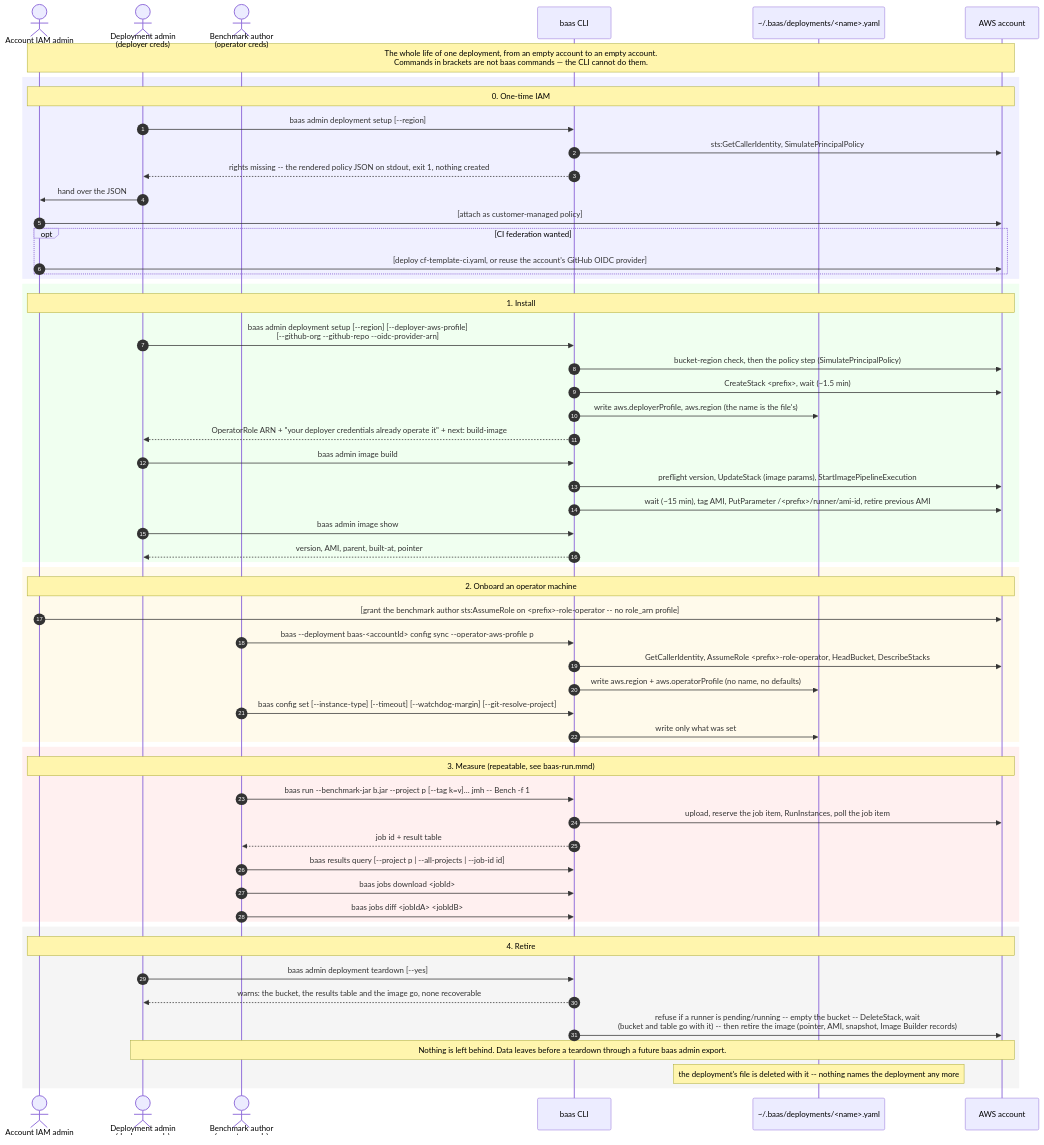
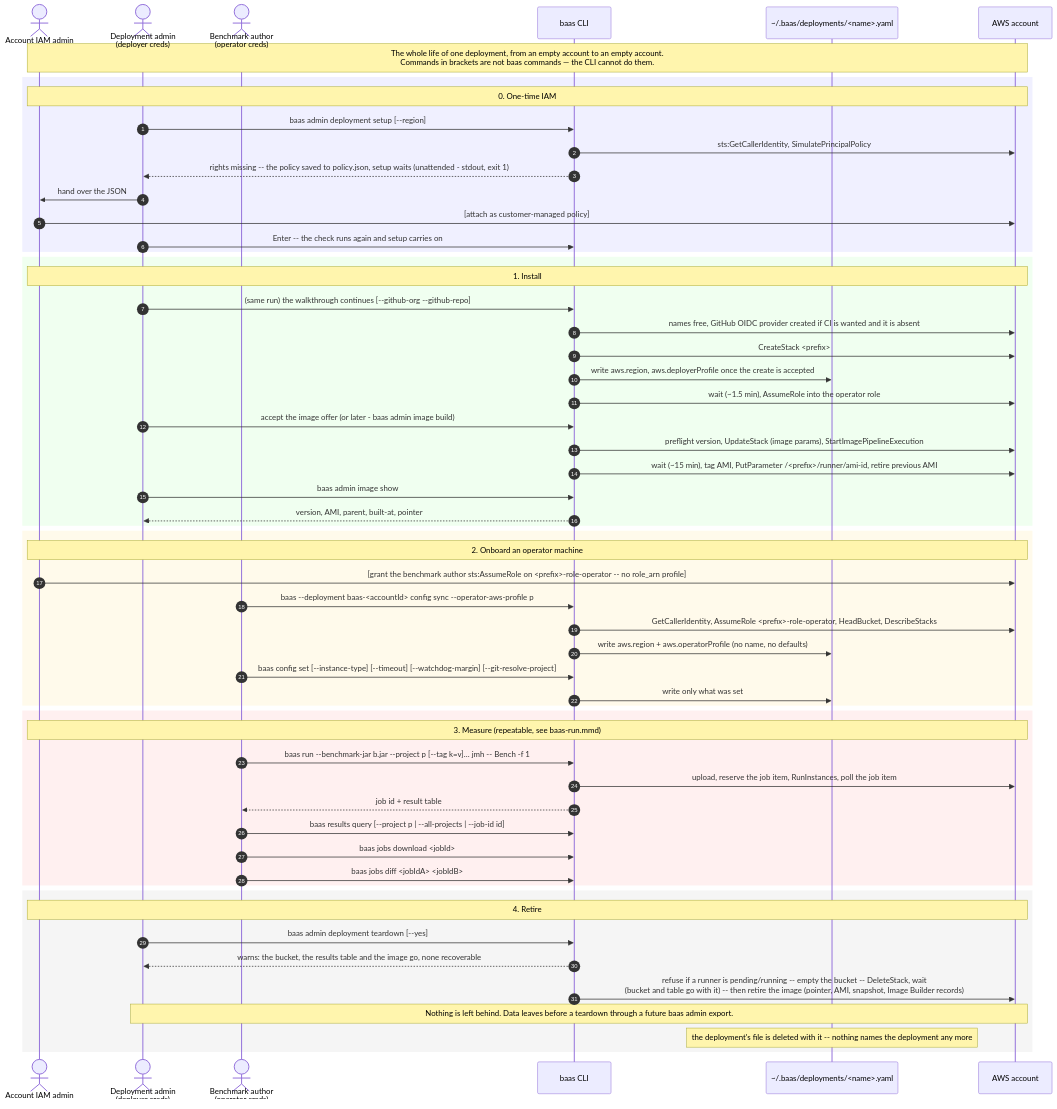
Before and after one commit to wsztajerowski/benchmark-as-a-service: the diagram in docs/diagrams/baas-lifecycle.mmd, drawn with Mermaid. The commit also changed 9 other files, not shown here.

First line of the commit message:
docs: describe the setup walkthrough and the provider setup creates

```diff
--- a/docs/diagrams/baas-lifecycle.mmd
+++ b/docs/diagrams/baas-lifecycle.mmd
@@ -1,65 +1,63 @@
 sequenceDiagram
     autonumber
     actor IA as Account IAM admin
     actor Adm as Deployment admin<br/>(deployer creds)
     actor Op as Benchmark author<br/>(operator creds)
     participant CLI as baas CLI
     participant CFG as ~/.baas/deployments/<name>.yaml
     participant AWS as AWS account
 
     Note over IA,AWS: The whole life of one deployment, from an empty account to an empty account.<br/>Commands in brackets are not baas commands — the CLI cannot do them.
 
     rect rgb(240, 240, 255)
         Note over IA,AWS: 0. One-time IAM
         Adm->>CLI: baas admin deployment setup [--region]
         CLI->>AWS: sts:GetCallerIdentity, SimulatePrincipalPolicy
-        CLI-->>Adm: rights missing -- the rendered policy JSON on stdout, exit 1, nothing created
+        CLI-->>Adm: rights missing -- the policy saved to policy.json, setup waits (unattended - stdout, exit 1)
         Adm->>IA: hand over the JSON
         IA->>AWS: [attach as customer-managed policy]
-        opt CI federation wanted
-            IA->>AWS: [deploy cf-template-ci.yaml, or reuse the account's GitHub OIDC provider]
-        end
+        Adm->>CLI: Enter -- the check runs again and setup carries on
     end
 
     rect rgb(240, 255, 240)
         Note over IA,AWS: 1. Install
-        Adm->>CLI: baas admin deployment setup [--region] [--deployer-aws-profile]<br/>[--github-org --github-repo --oidc-provider-arn]
-        CLI->>AWS: bucket-region check, then the policy step (SimulatePrincipalPolicy)
-        CLI->>AWS: CreateStack <prefix>, wait (~1.5 min)
-        CLI->>CFG: write aws.deployerProfile, aws.region (the name is the file's)
-        CLI-->>Adm: OperatorRole ARN + "your deployer credentials already operate it" + next: build-image
-        Adm->>CLI: baas admin image build
+        Adm->>CLI: (same run) the walkthrough continues [--github-org --github-repo]
+        CLI->>AWS: names free, GitHub OIDC provider created if CI is wanted and it is absent
+        CLI->>AWS: CreateStack <prefix>
+        CLI->>CFG: write aws.region, aws.deployerProfile once the create is accepted
+        CLI->>AWS: wait (~1.5 min), AssumeRole into the operator role
+        Adm->>CLI: accept the image offer (or later - baas admin image build)
         CLI->>AWS: preflight version, UpdateStack (image params), StartImagePipelineExecution
         CLI->>AWS: wait (~15 min), tag AMI, PutParameter /<prefix>/runner/ami-id, retire previous AMI
         Adm->>CLI: baas admin image show
         CLI-->>Adm: version, AMI, parent, built-at, pointer
     end
 
     rect rgb(255, 250, 235)
         Note over IA,AWS: 2. Onboard an operator machine
         IA->>AWS: [grant the benchmark author sts:AssumeRole on <prefix>-role-operator -- no role_arn profile]
         Op->>CLI: baas --deployment baas-<accountId> config sync --operator-aws-profile p
         CLI->>AWS: GetCallerIdentity, AssumeRole <prefix>-role-operator, HeadBucket, DescribeStacks
         CLI->>CFG: write aws.region + aws.operatorProfile (no name, no defaults)
         Op->>CLI: baas config set [--instance-type] [--timeout] [--watchdog-margin] [--git-resolve-project]
         CLI->>CFG: write only what was set
     end
 
     rect rgb(255, 240, 240)
         Note over IA,AWS: 3. Measure (repeatable, see baas-run.mmd)
         Op->>CLI: baas run --benchmark-jar b.jar --project p [--tag k=v]… jmh -- Bench -f 1
         CLI->>AWS: upload, reserve the job item, RunInstances, poll the job item
         CLI-->>Op: job id + result table
         Op->>CLI: baas results query [--project p | --all-projects | --job-id id]
         Op->>CLI: baas jobs download <jobId>
         Op->>CLI: baas jobs diff <jobIdA> <jobIdB>
     end
 
     rect rgb(245, 245, 245)
         Note over IA,AWS: 4. Retire
         Adm->>CLI: baas admin deployment teardown [--yes]
         CLI-->>Adm: warns: the bucket, the results table and the image go, none recoverable
         CLI->>AWS: refuse if a runner is pending/running -- empty the bucket -- DeleteStack, wait<br/>(bucket and table go with it) -- then retire the image (pointer, AMI, snapshot, Image Builder records)
         Note over Adm,AWS: Nothing is left behind. Data leaves before a teardown through a future baas admin export.
         Note over CFG: the deployment's file is deleted with it -- nothing names the deployment any more
     end
```
